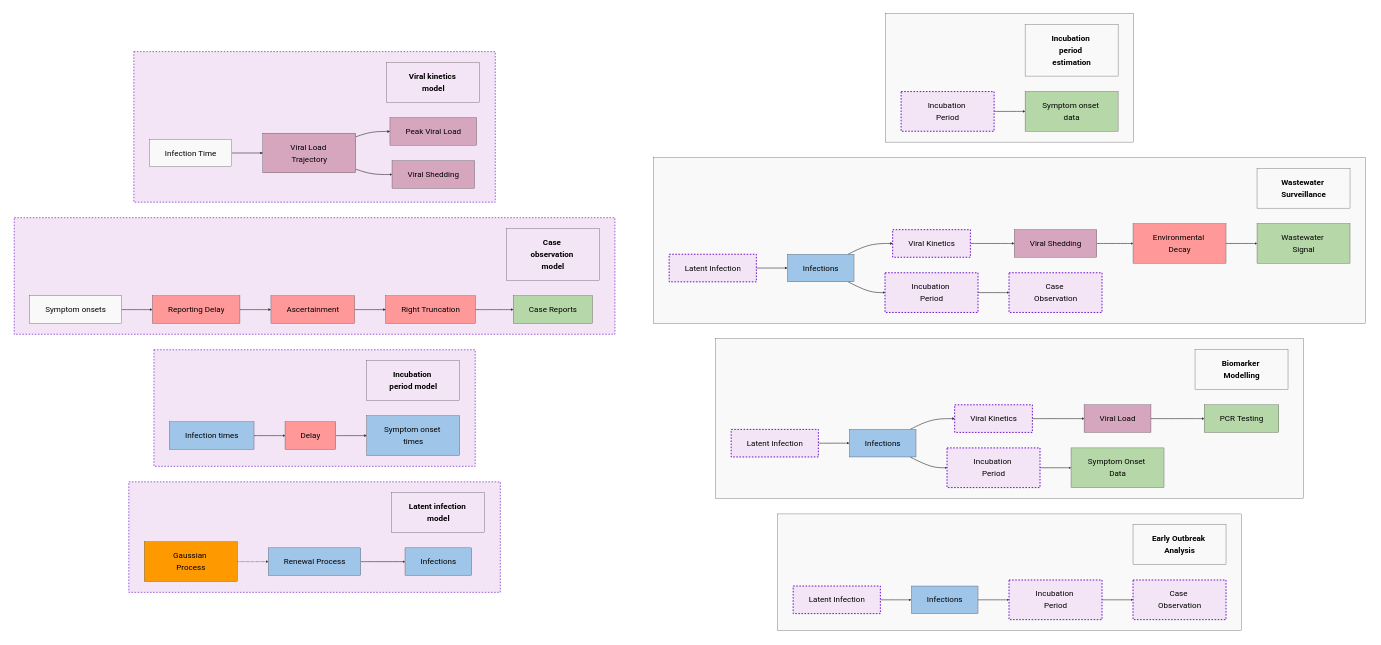
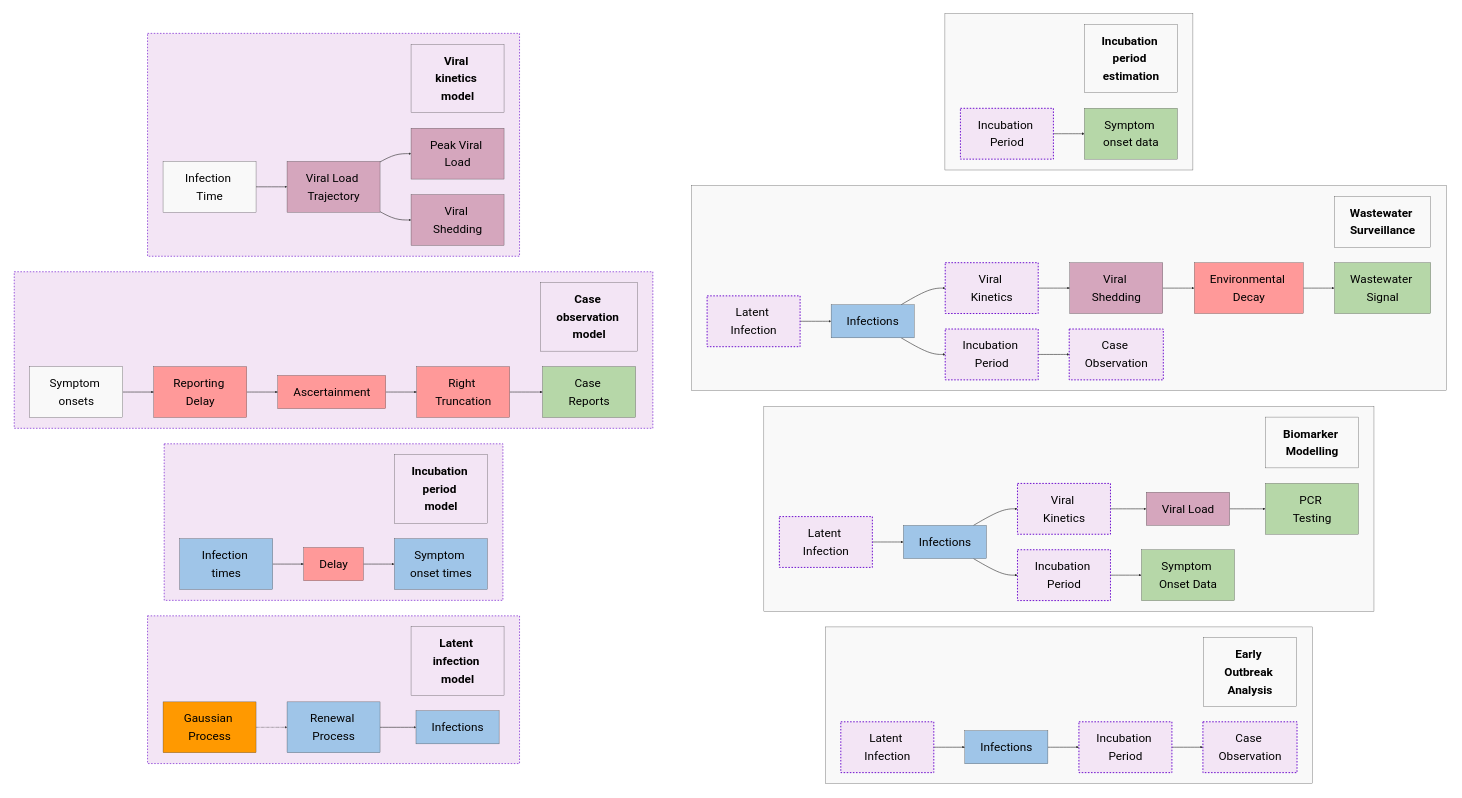
Before and after one commit to EpiAware/PrototypeCompositionalProbablisticInfectiousDiseaseModelling: the diagram in figures/fig-composable.qmd, drawn with Mermaid. The commit also changed 4 other files, not shown here.

````diff
--- a/figures/fig-composable.qmd
+++ b/figures/fig-composable.qmd
@@ -6,7 +6,7 @@
 ```{mermaid}
 %%| fig-width: 10
 
-%%{init: {'theme': 'base', 'themeVariables': {'fontSize': '26px', 'fontFamily': 'arial', 'lineColor': '#333'}, 'flowchart': {'diagramPadding': 60, 'htmlLabels': true, 'curve': 'basis', 'padding': 25}}}%%
+%%{init: {'theme': 'base', 'themeVariables': {'fontSize': '38px', 'fontFamily': 'arial', 'lineColor': '#333'}, 'flowchart': {'diagramPadding': 60, 'htmlLabels': true, 'curve': 'basis', 'padding': 25}}}%%
 flowchart TB
     %% Class definitions
     classDef infection fill:#9fc5e8,stroke:#333,stroke-width:1px,color:black
````
